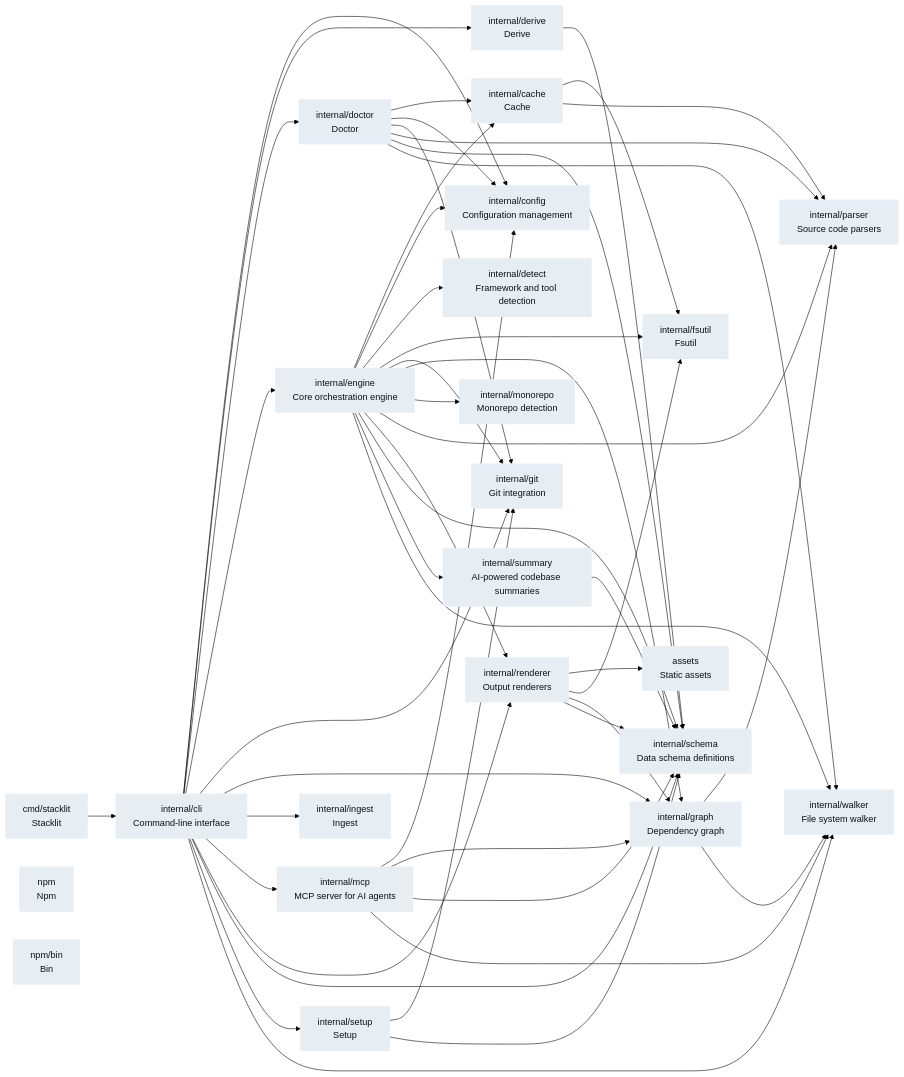
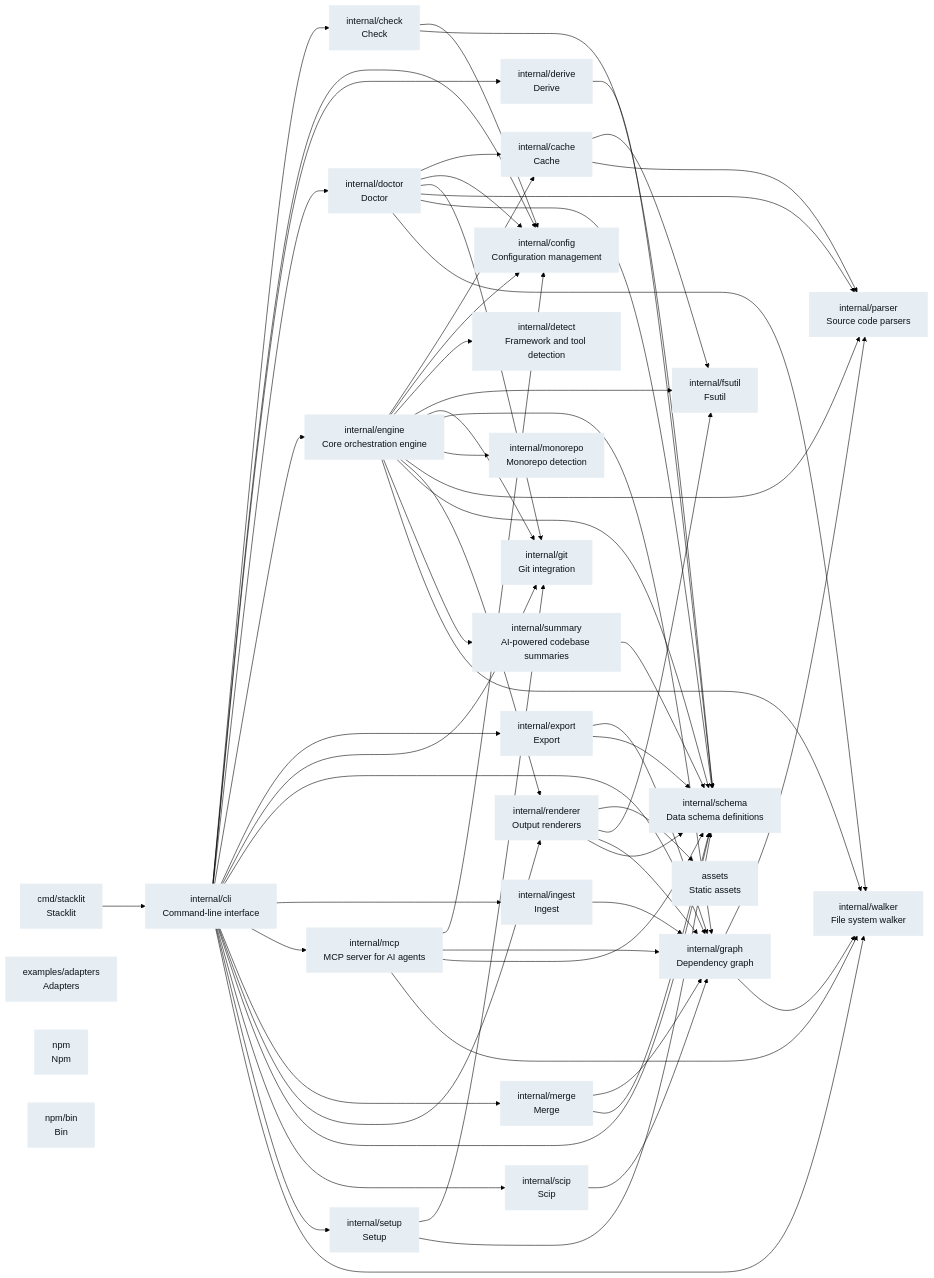
Before and after one commit to glincker/stacklit: the diagram in DEPENDENCIES.md, drawn with Mermaid (forest theme). The commit also changed 1 other file, not shown here.

Commit message:
chore: update stacklit index

```diff
--- a/DEPENDENCIES.md
+++ b/DEPENDENCIES.md
@@ -21,22 +21,27 @@
   classDef typescript fill:#c9d1d9,color:#0d1117,stroke:#c9d1d9
   assets["assets<br/>Static assets"]:::go
   cmd_stacklit["cmd/stacklit<br/>Stacklit"]:::go
+  examples_adapters["examples/adapters<br/>Adapters"]:::go
   internal_cache["internal/cache<br/>Cache"]:::go
+  internal_check["internal/check<br/>Check"]:::go
   internal_cli["internal/cli<br/>Command-line interface"]:::go
   internal_config["internal/config<br/>Configuration management"]:::go
   internal_derive["internal/derive<br/>Derive"]:::go
   internal_detect["internal/detect<br/>Framework and tool detection"]:::go
   internal_doctor["internal/doctor<br/>Doctor"]:::go
   internal_engine["internal/engine<br/>Core orchestration engine"]:::go
+  internal_export["internal/export<br/>Export"]:::go
   internal_fsutil["internal/fsutil<br/>Fsutil"]:::go
   internal_git["internal/git<br/>Git integration"]:::go
   internal_graph["internal/graph<br/>Dependency graph"]:::go
   internal_ingest["internal/ingest<br/>Ingest"]:::go
   internal_mcp["internal/mcp<br/>MCP server for AI agents"]:::go
+  internal_merge["internal/merge<br/>Merge"]:::go
   internal_monorepo["internal/monorepo<br/>Monorepo detection"]:::go
   internal_parser["internal/parser<br/>Source code parsers"]:::go
   internal_renderer["internal/renderer<br/>Output renderers"]:::go
   internal_schema["internal/schema<br/>Data schema definitions"]:::go
+  internal_scip["internal/scip<br/>Scip"]:::go
   internal_setup["internal/setup<br/>Setup"]:::go
   internal_summary["internal/summary<br/>AI-powered codebase summaries"]:::go
   internal_walker["internal/walker<br/>File system walker"]:::go
@@ -45,16 +50,22 @@
   cmd_stacklit --> internal_cli
   internal_cache --> internal_fsutil
   internal_cache --> internal_parser
+  internal_check --> internal_config
+  internal_check --> internal_schema
+  internal_cli --> internal_check
   internal_cli --> internal_config
   internal_cli --> internal_derive
   internal_cli --> internal_doctor
   internal_cli --> internal_engine
+  internal_cli --> internal_export
   internal_cli --> internal_git
   internal_cli --> internal_graph
   internal_cli --> internal_ingest
   internal_cli --> internal_mcp
+  internal_cli --> internal_merge
   internal_cli --> internal_renderer
   internal_cli --> internal_schema
+  internal_cli --> internal_scip
   internal_cli --> internal_setup
   internal_cli --> internal_walker
   internal_derive --> internal_schema
@@ -76,16 +87,22 @@
   internal_engine --> internal_schema
   internal_engine --> internal_summary
   internal_engine --> internal_walker
+  internal_export --> internal_graph
+  internal_export --> internal_schema
   internal_graph --> internal_parser
   internal_graph --> internal_walker
+  internal_ingest --> internal_graph
   internal_mcp --> internal_config
   internal_mcp --> internal_graph
   internal_mcp --> internal_schema
   internal_mcp --> internal_walker
+  internal_merge --> internal_graph
+  internal_merge --> internal_schema
   internal_renderer --> assets
   internal_renderer --> internal_fsutil
   internal_renderer --> internal_graph
   internal_renderer --> internal_schema
+  internal_scip --> internal_graph
   internal_setup --> internal_git
   internal_setup --> internal_schema
   internal_summary --> internal_schema
```
